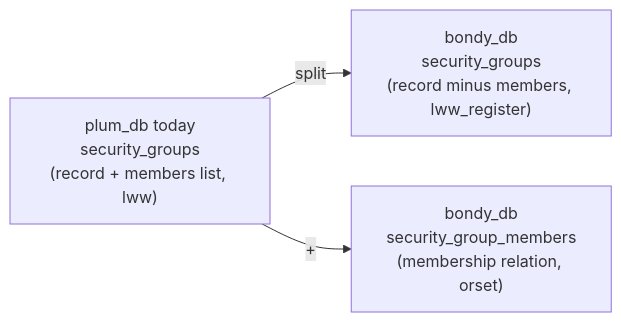
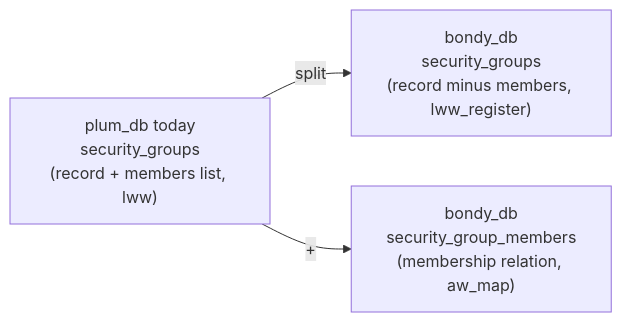
The fourth of 4 diagrams in doc_extras/architecture/07_app_developers_tour.md (bondy-io/bondy_mst), drawn with Mermaid before and after one commit. The commit also changed other lines of this file and 124 other files, not shown here.

````diff
--- a/doc_extras/architecture/07_app_developers_tour.md
+++ b/doc_extras/architecture/07_app_developers_tour.md
@@ -250,9 +278,9 @@
 ```mermaid
 flowchart LR
     OLD["plum_db today<br/>security_groups<br/>(record + members list, lww)"]
     NEW1["bondy_db<br/>security_groups<br/>(record minus members, lww_register)"]
-    NEW2["bondy_db<br/>security_group_members<br/>(membership relation, orset)"]
+    NEW2["bondy_db<br/>security_group_members<br/>(membership relation, aw_map)"]
 
     OLD -->|"split"| NEW1
     OLD -->|"+"| NEW2
 ```
````
